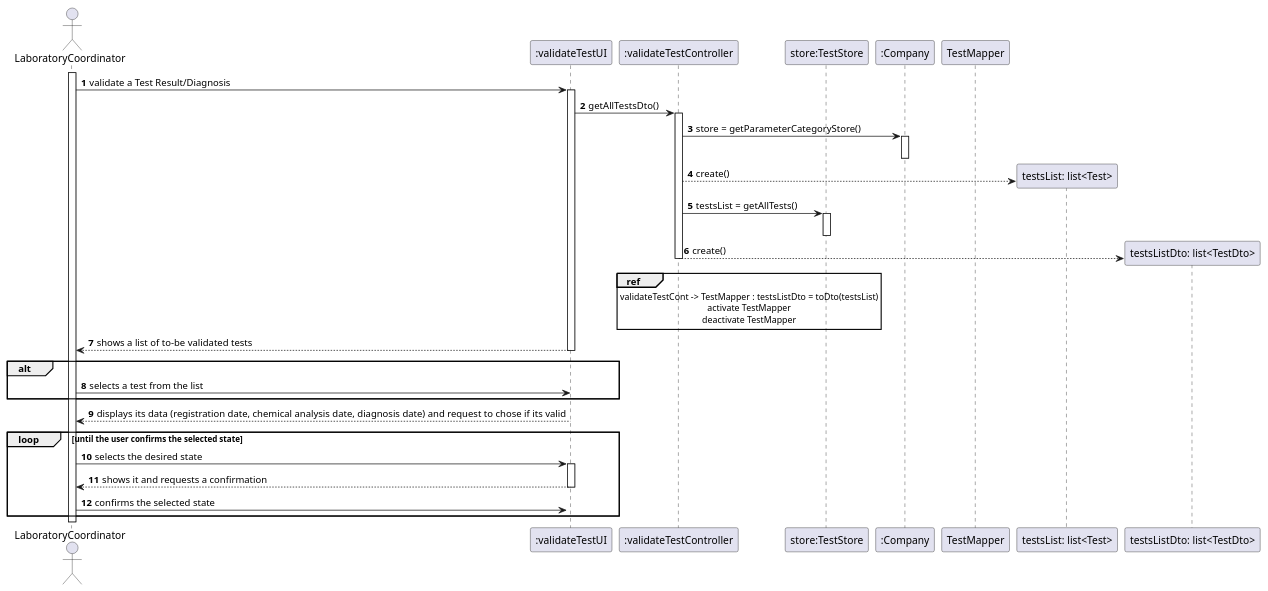
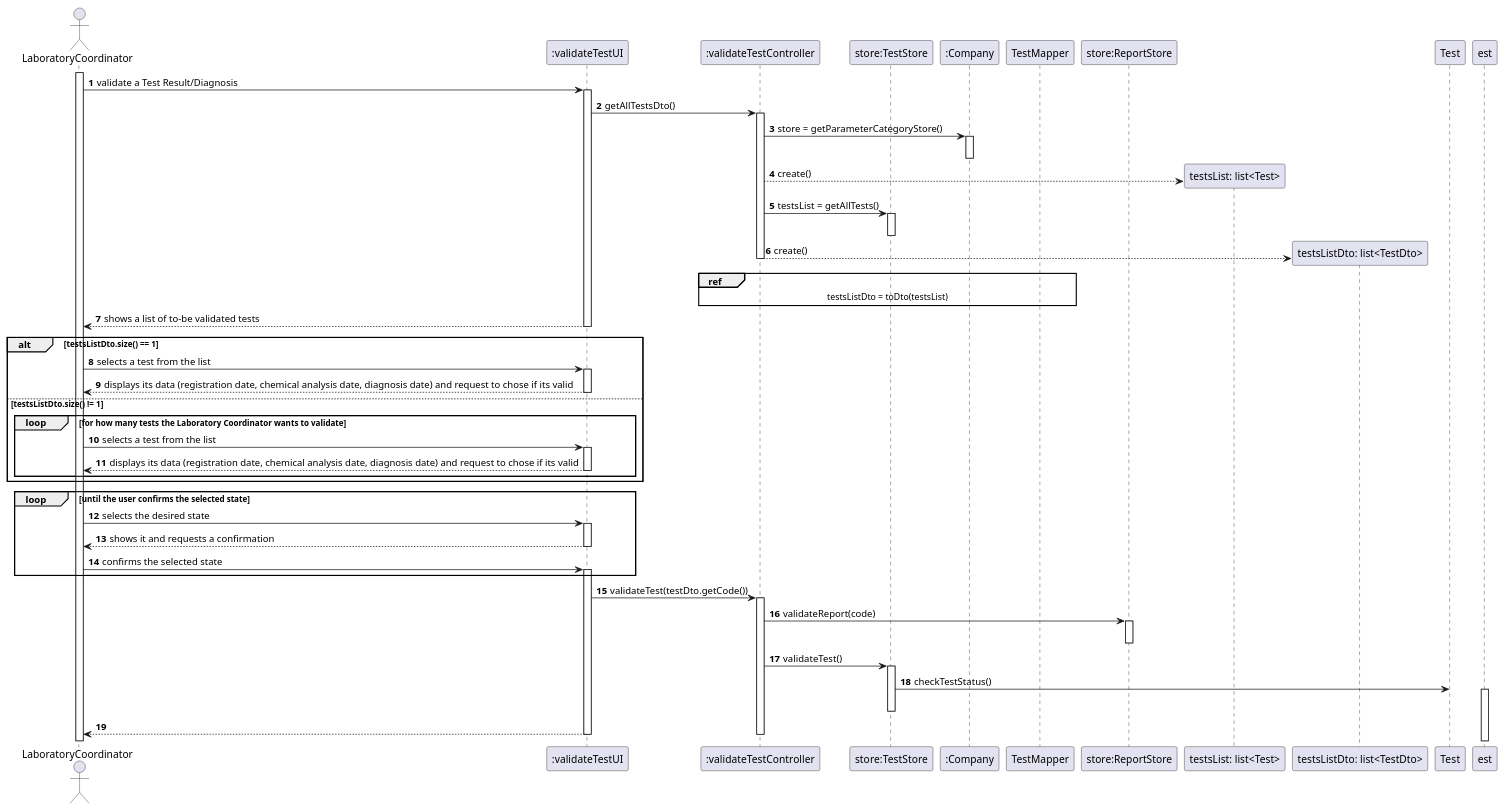
One commit to 0franciscor/lei-21-s2-1de-g19 changed the diagram in docs/SprintC/US15/US15-SD.puml. Above: the diagram before and after it, drawn with PlantUML. The commit also changed 1 other file, not shown here.

```diff
--- a/docs/SprintC/US15/US15-SD.puml
+++ b/docs/SprintC/US15/US15-SD.puml
@@ -1,67 +1,109 @@
 @startuml
 autonumber
 actor "LaboratoryCoordinator" as labC
 activate labC
 
 participant ":validateTestUI" as validateTestUI
 participant ":validateTestController" as validateTestCont
 participant "store:TestStore" as TestStore
 participant ":Company" as comp
 participant "TestMapper" as TestMapper
+participant "store:ReportStore" as ReportStore
 
 labC -> validateTestUI : validate a Test Result/Diagnosis
 
 activate validateTestUI
 validateTestUI -> validateTestCont: getAllTestsDto()
 
 
 activate validateTestCont
 
 validateTestCont -> comp : store = getParameterCategoryStore()
 activate comp
 deactivate comp
 
 
 create "testsList: list<Test>" as testsList
 
 validateTestCont --> testsList : create()
 
 validateTestCont -> TestStore : testsList = getAllTests()
 activate TestStore
 deactivate TestStore
 
 create "testsListDto: list<TestDto>" as testsListDto
 validateTestCont --> testsListDto : create()
 
-ref over validateTestCont
-validateTestCont -> TestMapper : testsListDto = toDto(testsList)
-activate TestMapper
-deactivate TestMapper
-end ref
+
+
+ref over validateTestCont, TestMapper : testsListDto = toDto(testsList)
+
+
+
 
 deactivate validateTestCont
+
+
 validateTestUI --> labC : shows a list of to-be validated tests
 deactivate validateTestUI
 
-alt
+
+alt testsListDto.size() == 1
 labC -> validateTestUI : selects a test from the list
+activate validateTestUI
+validateTestUI --> labC : displays its data (registration date, chemical analysis date, diagnosis date) and request to chose if its valid
+deactivate validateTestUI
+
+else testsListDto.size() != 1
+
+loop for how many tests the Laboratory Coordinator wants to validate
+labC -> validateTestUI : selects a test from the list
+activate validateTestUI
+validateTestUI --> labC : displays its data (registration date, chemical analysis date, diagnosis date) and request to chose if its valid
+deactivate validateTestUI
+end
 end alt
-activate validateTestUI
 
-validateTestUI --> labC : displays its data (registration date, chemical analysis date, diagnosis date) and request to chose if its valid
+
+
 deactivate validateTestUI
 
 
 loop until the user confirms the selected state
 labC -> validateTestUI : selects the desired state
 activate validateTestUI
 
 
 validateTestUI --> labC : shows it and requests a confirmation
 deactivate validateTestUI
 
 labC -> validateTestUI : confirms the selected state
 activate validateTestUI
 end
 
+
+validateTestUI -> validateTestCont : validateTest(testDto.getCode())
+
+
+activate validateTestCont
+validateTestCont -> ReportStore : validateReport(code)
+activate ReportStore
+deactivate ReportStore
+
+validateTestCont -> TestStore : validateTest()
+activate TestStore
+
+
+TestStore -> Test : checkTestStatus()
+activate est
+deactivate Test
+deactivate TestStore
+
+
+
+
+
+validateTestUI --> labC
+deactivate validateTestCont
+deactivate validateTestUI
 @enduml
```
